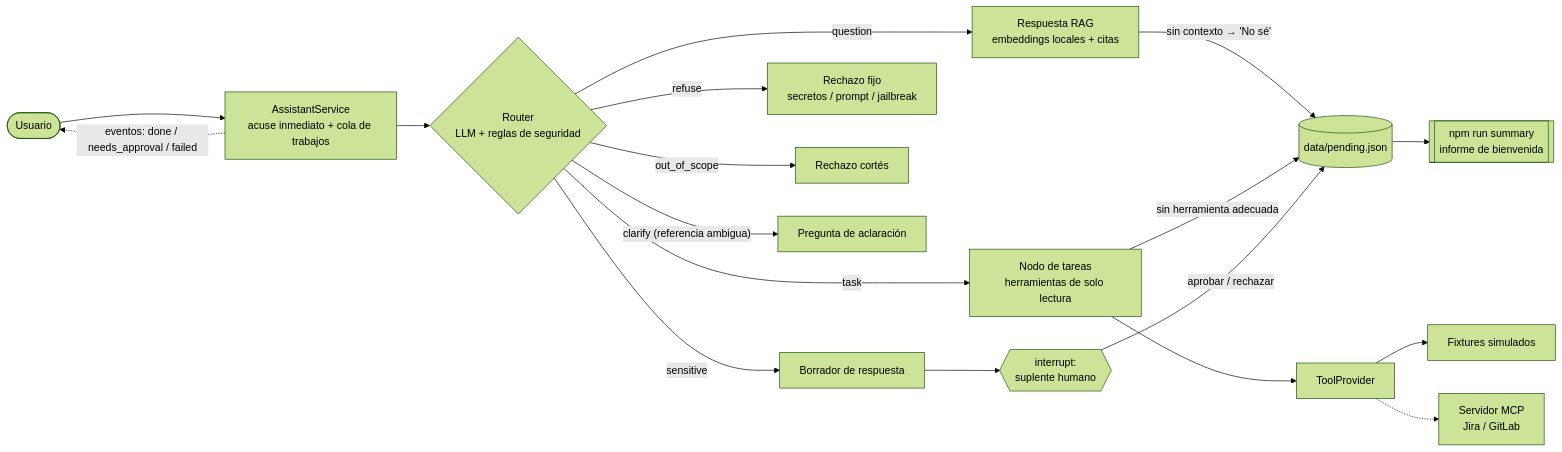
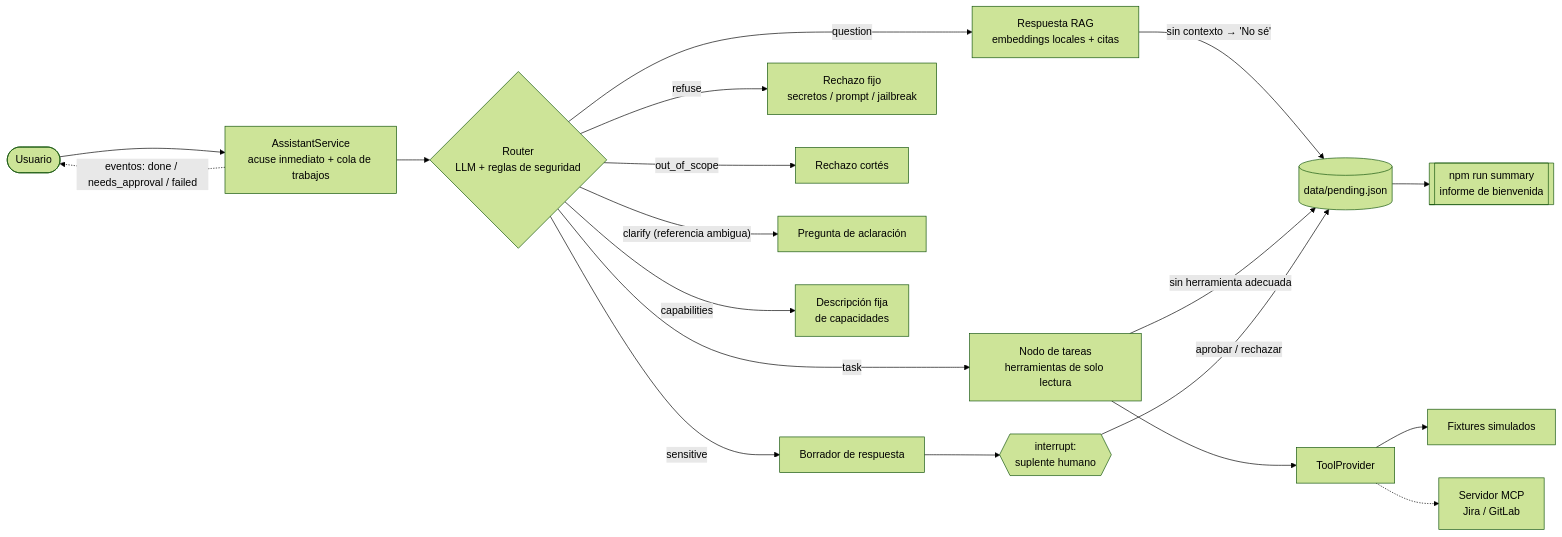
The diagram in README.md (serranitoFlock/suplente-digital), drawn with Mermaid (forest theme) before and after one commit. The commit also changed other lines of this file and 8 other files, not shown here.

````diff
--- a/README.md
+++ b/README.md
@@ -88,19 +88,20 @@
 ```mermaid
 flowchart LR
     U([Usuario]) --> SV[AssistantService<br/>acuse inmediato + cola de trabajos]
     SV -. "eventos: done / needs_approval / failed" .-> U
     SV --> R{Router<br/>LLM + reglas de seguridad}
     R -- question --> A[Respuesta RAG<br/>embeddings locales + citas]
     R -- task --> T[Nodo de tareas<br/>herramientas de solo lectura]
     R -- sensitive --> D[Borrador de respuesta] --> H{{interrupt:<br/>suplente humano}}
     R -- refuse --> X[Rechazo fijo<br/>secretos / prompt / jailbreak]
     R -- out_of_scope --> O[Rechazo cortés]
     R -- "clarify (referencia ambigua)" --> C[Pregunta de aclaración]
+    R -- capabilities --> K[Descripción fija<br/>de capacidades]
     A -- "sin contexto → 'No sé'" --> P[(data/pending.json)]
     T -- sin herramienta adecuada --> P
     H -- aprobar / rechazar --> P
     T --> TP[ToolProvider]
     TP --> M[Fixtures simulados]
     TP -.-> MCP[Servidor MCP<br/>Jira / GitLab]
     P --> S[[npm run summary<br/>informe de bienvenida]]
 ```
````
